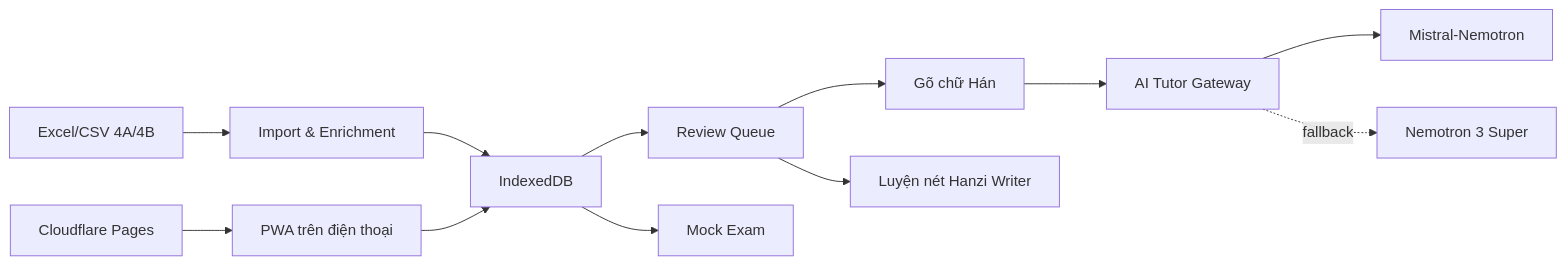
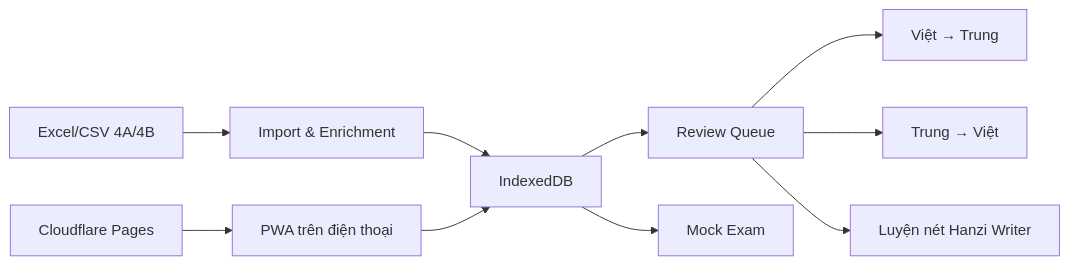
Before and after one commit to meiiie/hong_hsk: the diagram in README.md, drawn with Mermaid. The commit also changed other lines of this file and 67 other files, not shown here.

````diff
--- a/README.md
+++ b/README.md
@@ -66,14 +67,12 @@
 ```mermaid
 flowchart LR
   A["Excel/CSV 4A/4B"] --> B["Import & Enrichment"]
   B --> C["IndexedDB"]
   C --> D["Review Queue"]
-  D --> E["Gõ chữ Hán"]
+  D --> E["Việt → Trung"]
+  D --> J["Trung → Việt"]
   D --> F["Luyện nét Hanzi Writer"]
-  E --> J["AI Tutor Gateway"]
-  J --> K["Mistral-Nemotron"]
-  J -.fallback.-> L["Nemotron 3 Super"]
   C --> G["Mock Exam"]
   H["Cloudflare Pages"] --> I["PWA trên điện thoại"]
   I --> C
 ```
````
